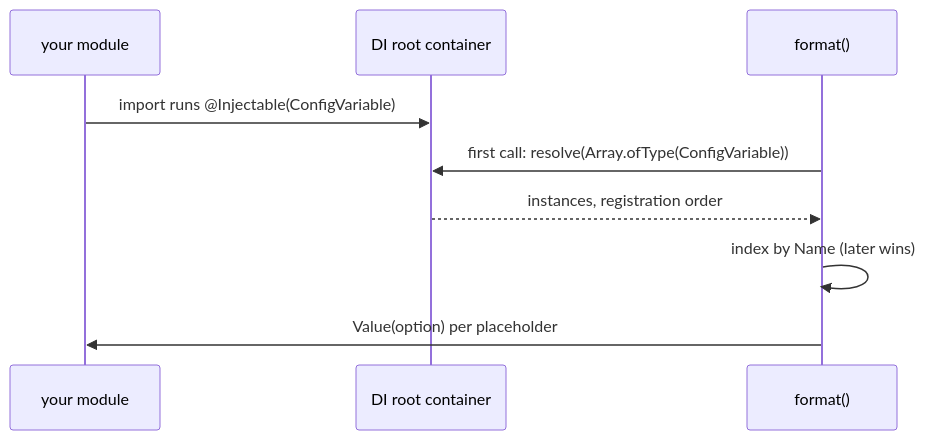
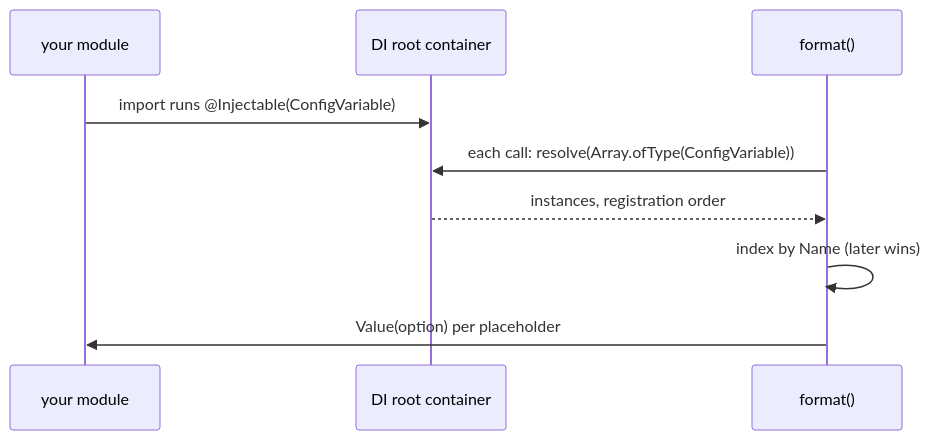
Before and after one commit to spinajs/main: the diagram in docs/configuration-common/03-custom-variables.md, drawn with Mermaid. The commit also changed other lines of this file and 10 other files, not shown here.

````diff
--- a/docs/configuration-common/03-custom-variables.md
+++ b/docs/configuration-common/03-custom-variables.md
@@ -19,11 +19,11 @@
 ```mermaid
 sequenceDiagram
   participant App as your module
   participant DI as DI root container
   participant F as format()
   App->>DI: import runs @Injectable(ConfigVariable)
-  F->>DI: first call: resolve(Array.ofType(ConfigVariable))
+  F->>DI: each call: resolve(Array.ofType(ConfigVariable))
   DI-->>F: instances, registration order
   F->>F: index by Name (later wins)
   F->>App: Value(option) per placeholder
 ```
````
